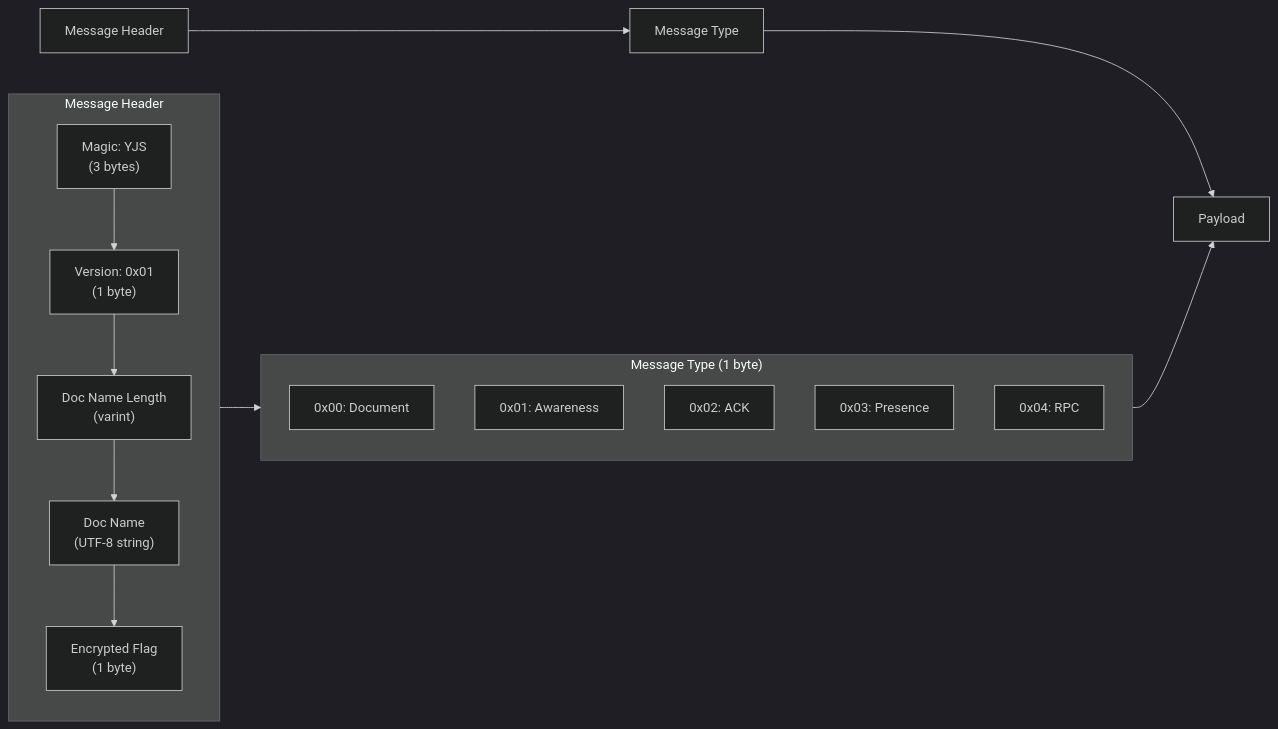
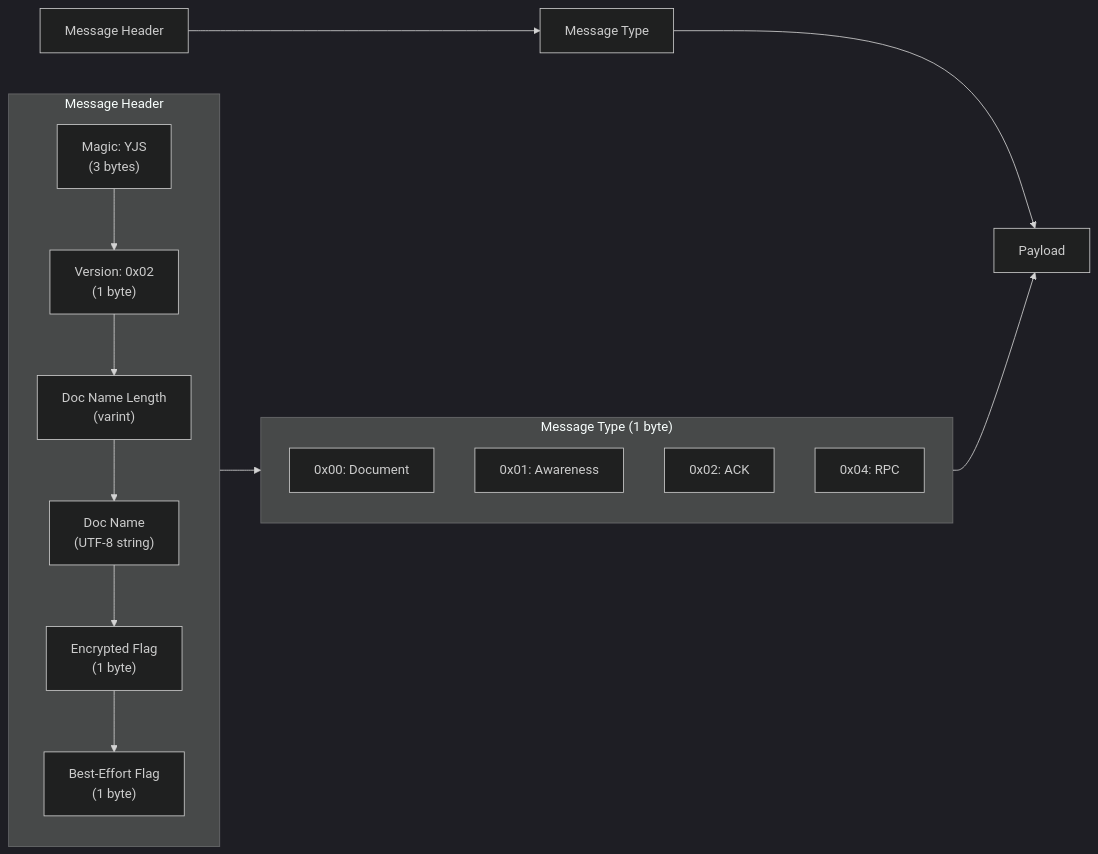
The first of 17 diagrams in docs/src/content/docs/advanced/protocol.mdx (nperez0111/teleportal), drawn with Mermaid (dark theme) before and after one commit. The commit also changed other lines of this file and 79 other files, not shown here.

````diff
--- a/docs/src/content/docs/advanced/protocol.mdx
+++ b/docs/src/content/docs/advanced/protocol.mdx
@@ -26,25 +25,25 @@
 ```mermaid
 graph LR
     A[Message Header] --> B[Message Type]
     B --> C[Payload]
 
     subgraph Header["Message Header"]
         H1["Magic: YJS<br/>(3 bytes)"]
-        H2["Version: 0x01<br/>(1 byte)"]
+        H2["Version: 0x02<br/>(1 byte)"]
         H3["Doc Name Length<br/>(varint)"]
         H4["Doc Name<br/>(UTF-8 string)"]
         H5["Encrypted Flag<br/>(1 byte)"]
-        H1 --> H2 --> H3 --> H4 --> H5
+        H6["Best-Effort Flag<br/>(1 byte)"]
+        H1 --> H2 --> H3 --> H4 --> H5 --> H6
     end
 
     subgraph Type["Message Type (1 byte)"]
         T1["0x00: Document"]
         T2["0x01: Awareness"]
         T3["0x02: ACK"]
-        T4["0x03: Presence"]
         T5["0x04: RPC"]
     end
 
     Header --> Type
     Type --> C
 ```
````
